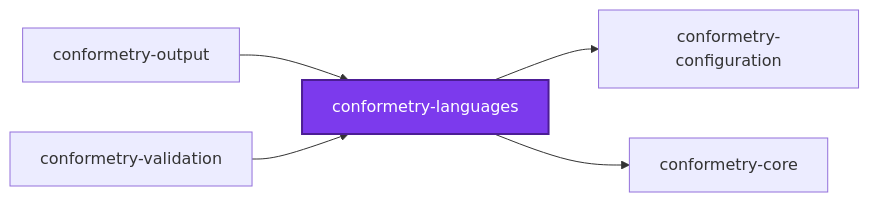
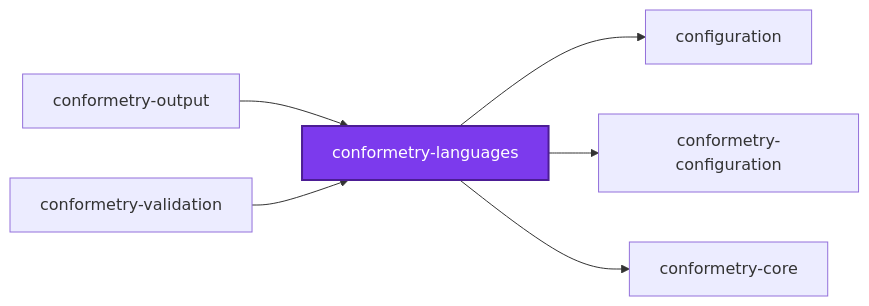
The first of 3 diagrams in projects/ic-suite/conformetry/conformetry-languages/README.md (organizzolini/codebase), drawn with Mermaid before and after one commit. The commit also changed 68 other files, not shown here.

````diff
--- a/projects/ic-suite/conformetry/conformetry-languages/README.md
+++ b/projects/ic-suite/conformetry/conformetry-languages/README.md
@@ -411,14 +411,16 @@
 ```mermaid
 graph LR
+  configuration["configuration"]
   conformetry_configuration["conformetry-configuration"]
   conformetry_core["conformetry-core"]
   conformetry_languages["conformetry-languages"]
   conformetry_output["conformetry-output"]
   conformetry_validation["conformetry-validation"]
+  conformetry_languages --> configuration
   conformetry_languages --> conformetry_configuration
   conformetry_languages --> conformetry_core
   conformetry_output --> conformetry_languages
   conformetry_validation --> conformetry_languages
   classDef subject fill:#7c3aed,color:#fff,stroke:#4c1d95,stroke-width:2px
   class conformetry_languages subject
 ```
````
